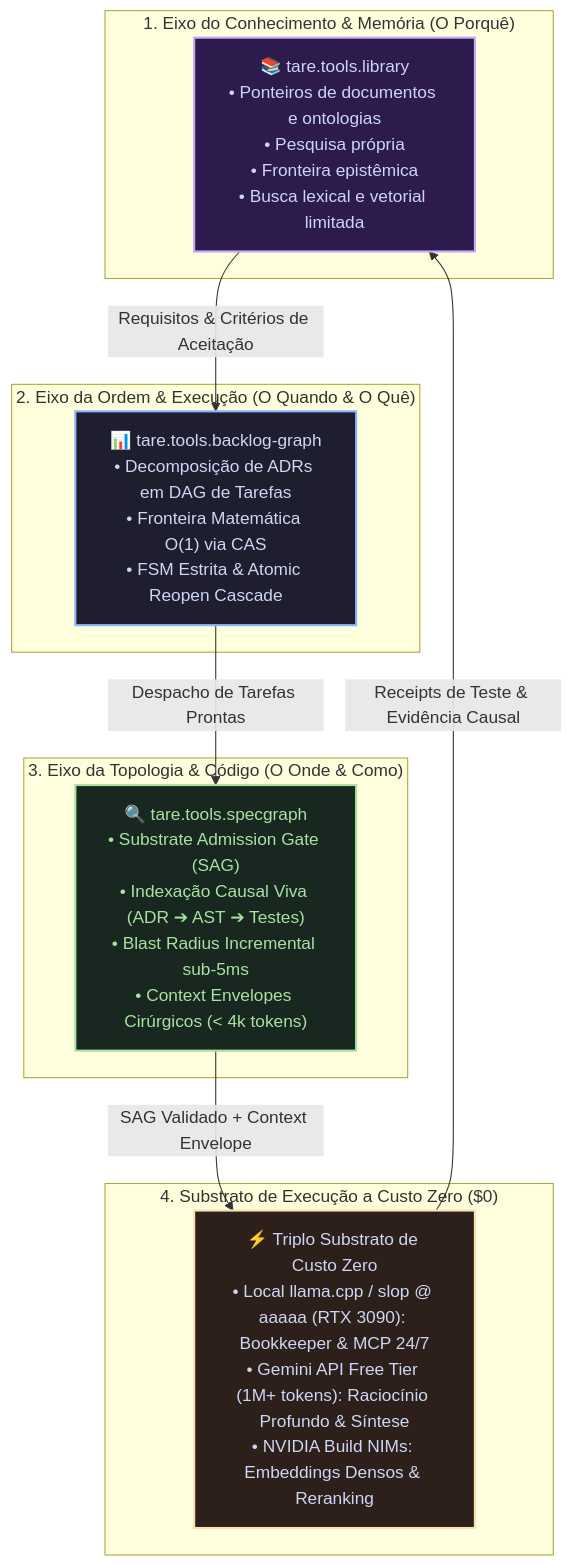
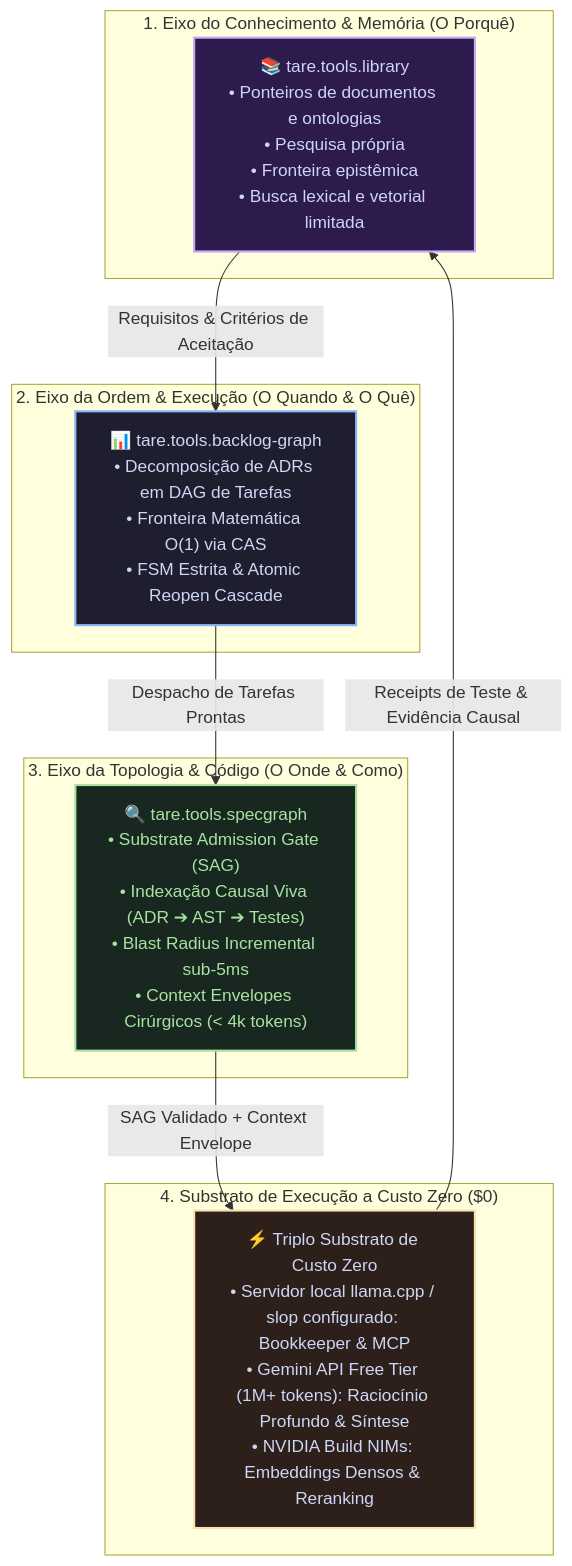
The first of 2 diagrams in README.pt-BR.md (augusto-scarvalho/tare.tools.library), drawn with Mermaid before and after one commit. The commit also changed other lines of this file and 26 other files, not shown here.

````diff
--- a/README.pt-BR.md
+++ b/README.pt-BR.md
@@ -65,33 +65,33 @@
 ```mermaid
 flowchart TD
     subgraph Axis1 ["1. Eixo do Conhecimento & Memória (O Porquê)"]
         Library["📚 tare.tools.library<br/>• Ponteiros de documentos e ontologias<br/>• Pesquisa própria<br/>• Fronteira epistêmica<br/>• Busca lexical e vetorial limitada"]
     end
 
     subgraph Axis2 ["2. Eixo da Ordem & Execução (O Quando & O Quê)"]
         Backlog["📊 tare.tools.backlog-graph<br/>• Decomposição de ADRs em DAG de Tarefas<br/>• Fronteira Matemática O(1) via CAS<br/>• FSM Estrita & Atomic Reopen Cascade"]
     end
 
     subgraph Axis3 ["3. Eixo da Topologia & Código (O Onde & Como)"]
         Spec["🔍 tare.tools.specgraph<br/>• Substrate Admission Gate (SAG)<br/>• Indexação Causal Viva (ADR ➔ AST ➔ Testes)<br/>• Blast Radius Incremental sub-5ms<br/>• Context Envelopes Cirúrgicos (< 4k tokens)"]
     end
 
     subgraph Execution ["4. Substrato de Execução a Custo Zero ($0)"]
-        ZeroCost["⚡ Triplo Substrato de Custo Zero<br/>• Local llama.cpp / slop @ aaaaa (RTX 3090): Bookkeeper & MCP 24/7<br/>• Gemini API Free Tier (1M+ tokens): Raciocínio Profundo & Síntese<br/>• NVIDIA Build NIMs: Embeddings Densos & Reranking"]
+        ZeroCost["⚡ Triplo Substrato de Custo Zero<br/>• Servidor local llama.cpp / slop configurado: Bookkeeper & MCP<br/>• Gemini API Free Tier (1M+ tokens): Raciocínio Profundo & Síntese<br/>• NVIDIA Build NIMs: Embeddings Densos & Reranking"]
     end
 
     Library -->|Requisitos & Critérios de Aceitação| Backlog
     Backlog -->|Despacho de Tarefas Prontas| Spec
     Spec -->|SAG Validado + Context Envelope| ZeroCost
     ZeroCost -->|Receipts de Teste & Evidência Causal| Library
 
     classDef lStyle fill:#2d1b4e,stroke:#cba6f7,stroke-width:2px,color:#cdd6f4;
     classDef bStyle fill:#1e1e2e,stroke:#89b4fa,stroke-width:2px,color:#cdd6f4;
     classDef sStyle fill:#182820,stroke:#a6e3a1,stroke-width:2px,color:#a6e3a1;
     classDef zStyle fill:#2d201b,stroke:#f9e2af,stroke-width:2px,color:#cdd6f4;
 
     class Library lStyle;
     class Backlog bStyle;
     class Spec sStyle;
     class ZeroCost zStyle;
 ```
````
